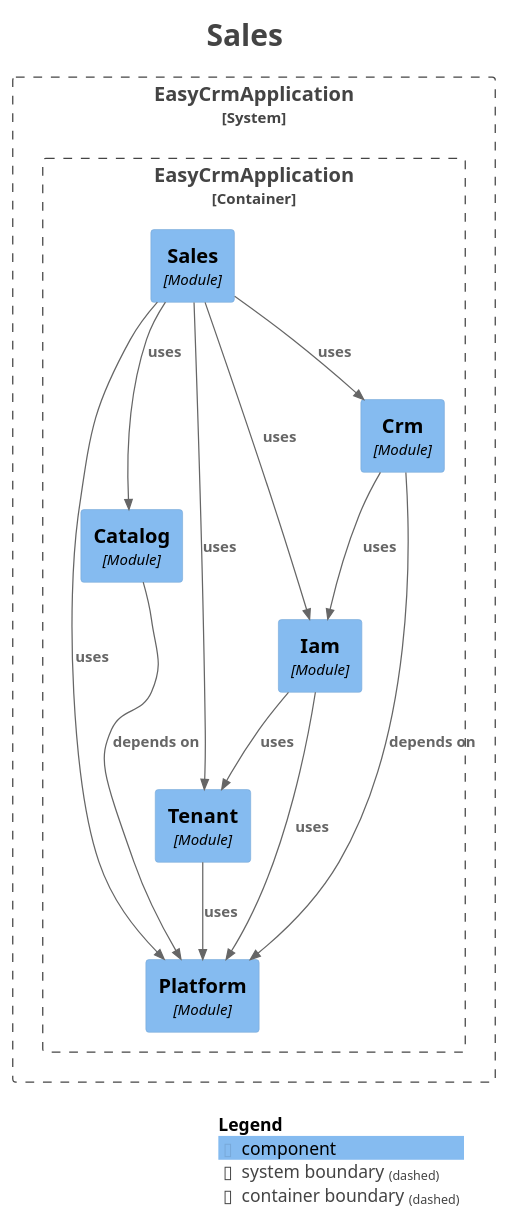
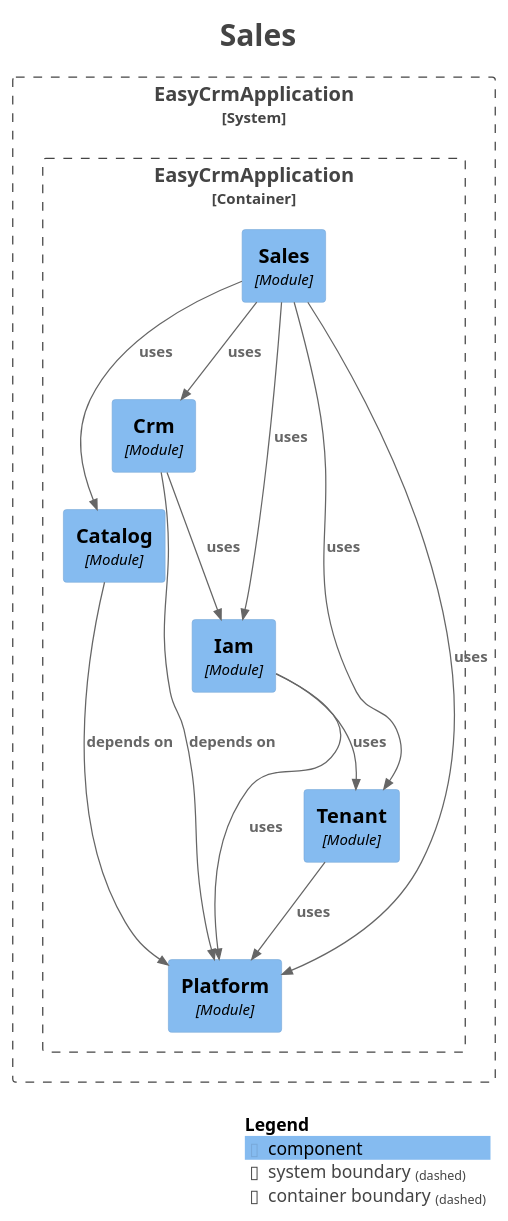
Before and after one commit to divyam-agarwal/eazy-crm: the diagram in docs/architecture/modules/module-sales.puml, drawn with PlantUML. The commit also changed other lines of this file and 16 other files, not shown here.

```diff
--- a/docs/architecture/modules/module-sales.puml
+++ b/docs/architecture/modules/module-sales.puml
@@ -1,44 +1,44 @@
 @startuml
 title <size:24>Sales</size>
 
 set separator none
 top to bottom direction
 
 <style>
   root {
     BackgroundColor: #ffffff
     FontColor: #444444
   }
 </style>
 
 !include <C4/C4>
 !include <C4/C4_Context>
 !include <C4/C4_Component>
 
 System_Boundary("EasyCrmApplication_boundary", "EasyCrmApplication", $tags="") {
   Container_Boundary("EasyCrmApplication.EasyCrmApplication_boundary", "EasyCrmApplication", $tags="") {
+    Component(EasyCrmApplication.EasyCrmApplication.Catalog, "Catalog", $techn="Module", $descr="", $tags="", $link="")
+    Component(EasyCrmApplication.EasyCrmApplication.Crm, "Crm", $techn="Module", $descr="", $tags="", $link="")
+    Component(EasyCrmApplication.EasyCrmApplication.Iam, "Iam", $techn="Module", $descr="", $tags="", $link="")
     Component(EasyCrmApplication.EasyCrmApplication.Platform, "Platform", $techn="Module", $descr="", $tags="", $link="")
-    Component(EasyCrmApplication.EasyCrmApplication.Catalog, "Catalog", $techn="Module", $descr="", $tags="", $link="")
+    Component(EasyCrmApplication.EasyCrmApplication.Sales, "Sales", $techn="Module", $descr="", $tags="", $link="")
     Component(EasyCrmApplication.EasyCrmApplication.Tenant, "Tenant", $techn="Module", $descr="", $tags="", $link="")
-    Component(EasyCrmApplication.EasyCrmApplication.Iam, "Iam", $techn="Module", $descr="", $tags="", $link="")
-    Component(EasyCrmApplication.EasyCrmApplication.Crm, "Crm", $techn="Module", $descr="", $tags="", $link="")
-    Component(EasyCrmApplication.EasyCrmApplication.Sales, "Sales", $techn="Module", $descr="", $tags="", $link="")
   }
 
 }
 
 Rel(EasyCrmApplication.EasyCrmApplication.Catalog, EasyCrmApplication.EasyCrmApplication.Platform, "depends on", $techn="", $tags="", $link="")
 Rel(EasyCrmApplication.EasyCrmApplication.Crm, EasyCrmApplication.EasyCrmApplication.Iam, "uses", $techn="", $tags="", $link="")
 Rel(EasyCrmApplication.EasyCrmApplication.Crm, EasyCrmApplication.EasyCrmApplication.Platform, "depends on", $techn="", $tags="", $link="")
 Rel(EasyCrmApplication.EasyCrmApplication.Iam, EasyCrmApplication.EasyCrmApplication.Platform, "uses", $techn="", $tags="", $link="")
 Rel(EasyCrmApplication.EasyCrmApplication.Iam, EasyCrmApplication.EasyCrmApplication.Tenant, "uses", $techn="", $tags="", $link="")
 Rel(EasyCrmApplication.EasyCrmApplication.Sales, EasyCrmApplication.EasyCrmApplication.Catalog, "uses", $techn="", $tags="", $link="")
 Rel(EasyCrmApplication.EasyCrmApplication.Sales, EasyCrmApplication.EasyCrmApplication.Crm, "uses", $techn="", $tags="", $link="")
 Rel(EasyCrmApplication.EasyCrmApplication.Sales, EasyCrmApplication.EasyCrmApplication.Iam, "uses", $techn="", $tags="", $link="")
 Rel(EasyCrmApplication.EasyCrmApplication.Sales, EasyCrmApplication.EasyCrmApplication.Platform, "uses", $techn="", $tags="", $link="")
 Rel(EasyCrmApplication.EasyCrmApplication.Sales, EasyCrmApplication.EasyCrmApplication.Tenant, "uses", $techn="", $tags="", $link="")
 Rel(EasyCrmApplication.EasyCrmApplication.Tenant, EasyCrmApplication.EasyCrmApplication.Platform, "uses", $techn="", $tags="", $link="")
 
 SHOW_LEGEND(true)
 hide stereotypes
 @enduml
```
